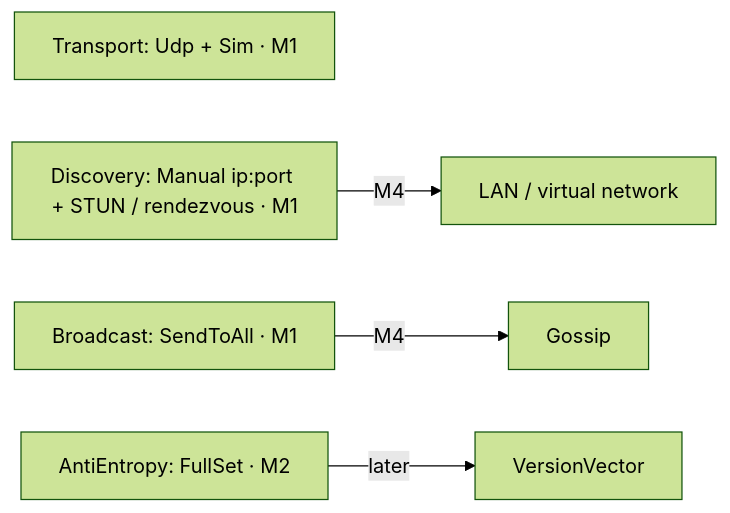
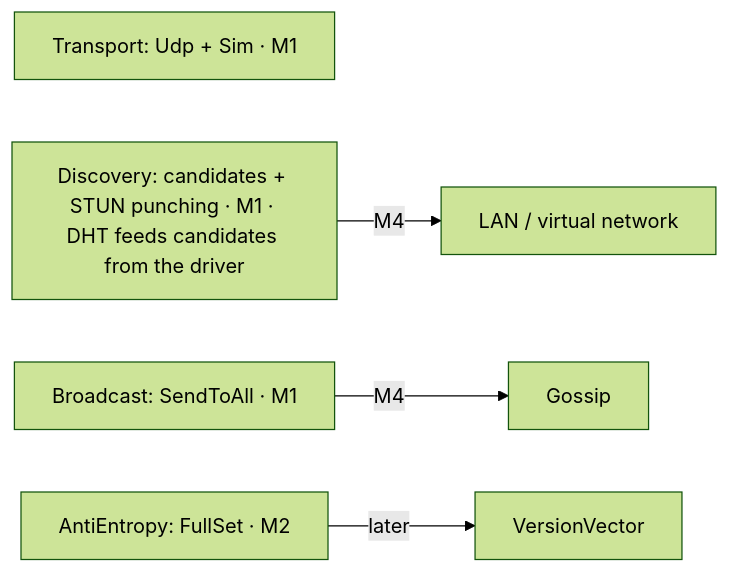
One commit to Student-Team-Projects/Most-Overkilled-Whiteboard-for-ArchLinux changed the third of 4 diagrams in docs/architecture.md. Above: the diagram before and after it, drawn with Mermaid (forest theme). The commit also changed other lines of this file and 13 other files, not shown here.

First line of the commit message:
G29: internet connect via STUN + DHT rendezvous (ADR 0025) (#92)

````diff
--- a/docs/architecture.md
+++ b/docs/architecture.md
@@ -38,7 +38,7 @@
 ```mermaid
 flowchart LR
     tr["Transport: Udp + Sim · M1"]
-    di0["Discovery: Manual ip:port + STUN / rendezvous · M1"] -->|M4| di1["LAN / virtual network"]
+    di0["Discovery: candidates + STUN punching · M1 · DHT feeds candidates from the driver"] -->|M4| di1["LAN / virtual network"]
     br0["Broadcast: SendToAll · M1"] -->|M4| br1["Gossip"]
     ae0["AntiEntropy: FullSet · M2"] -->|later| ae1["VersionVector"]
 ```
````
